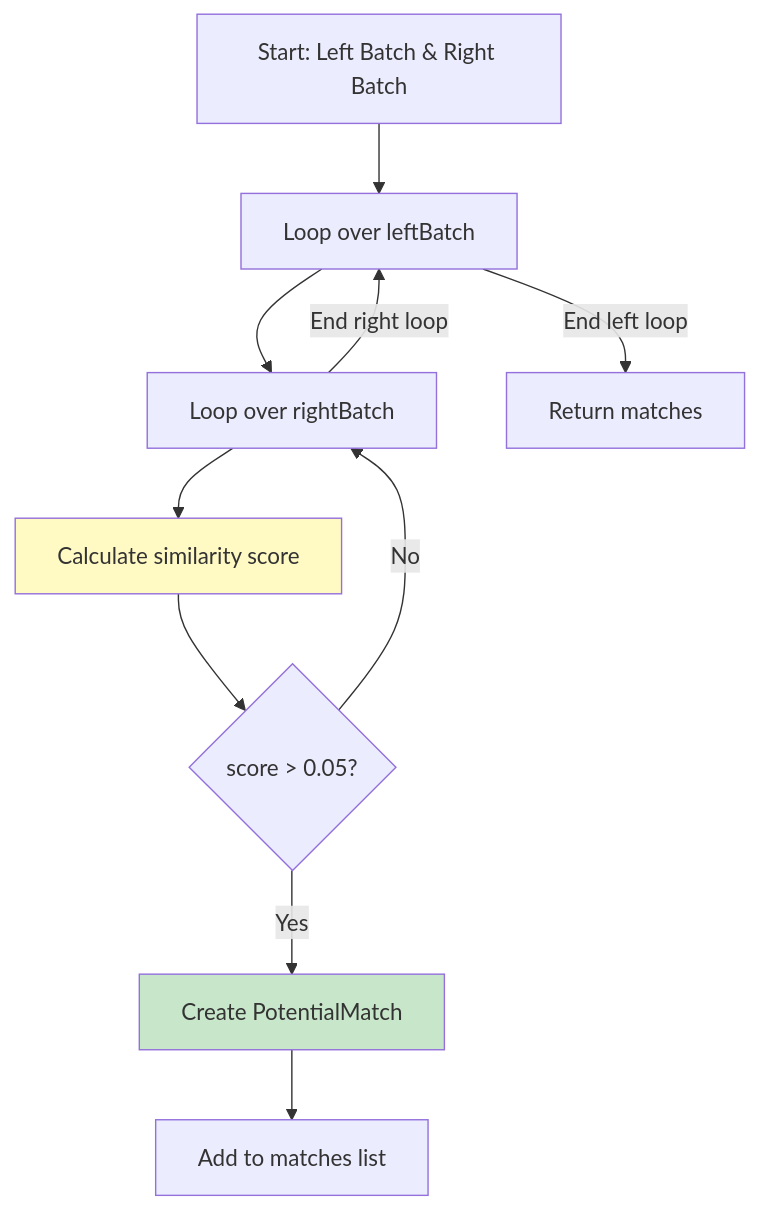
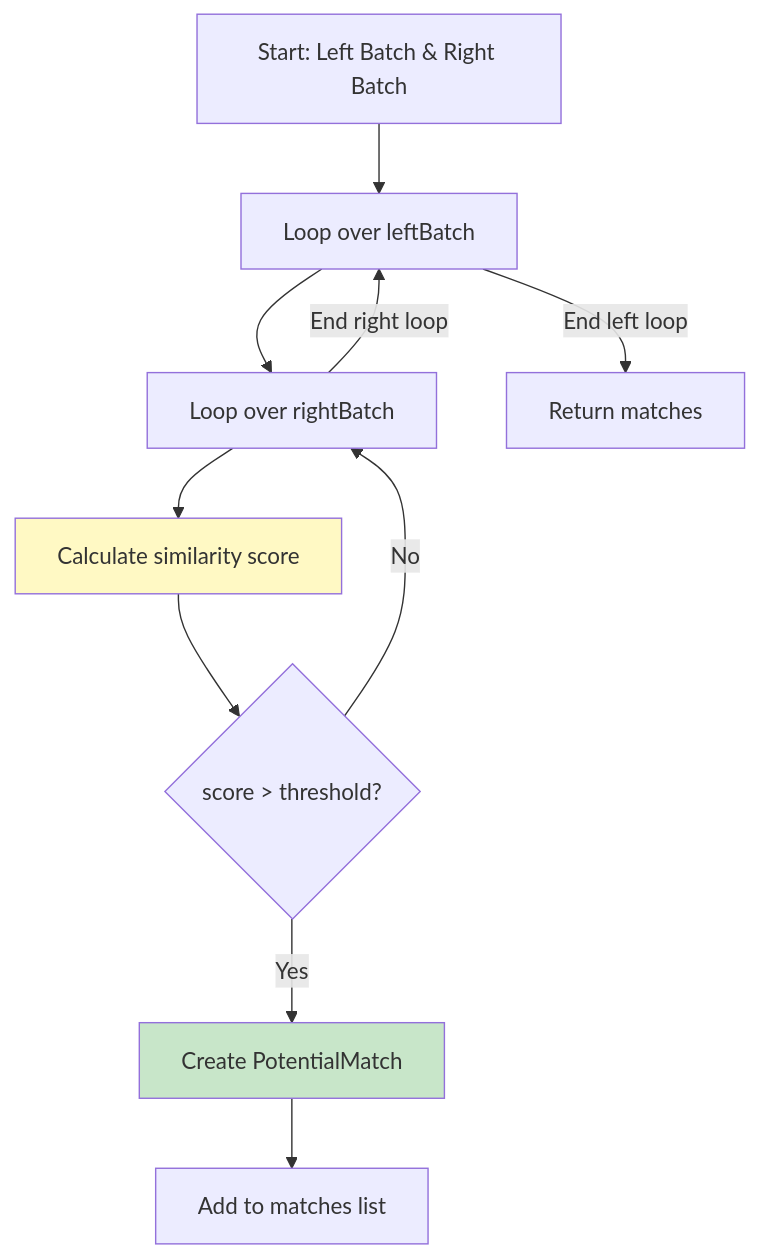
Diagram 16 of 25 in docs/Low Level Designs/ScheduledPotentialMatchesCreation.md (kagit00/schedule_x), drawn with Mermaid before and after one commit. The commit also changed other lines of this file and 7 other files, not shown here.

````diff
--- a/docs/Low Level Designs/ScheduledPotentialMatchesCreation.md
+++ b/docs/Low Level Designs/ScheduledPotentialMatchesCreation.md
@@ -1008,17 +695,17 @@
 ```mermaid
 flowchart TD
     A[Start: Left Batch & Right Batch] --> B[Loop over leftBatch]
     B --> C[Loop over rightBatch]
     C --> D[Calculate similarity score]
-    
-    D --> E{score > 0.05?}
+   
+    D --> E{score > threshold?}
     E -->|Yes| F[Create PotentialMatch]
     E -->|No| C
-    
+   
     F --> G[Add to matches list]
     C -->|End right loop| B
     B -->|End left loop| H[Return matches]
-    
+   
     style D fill:#FFF9C4
     style F fill:#C8E6C9
 ```
````
